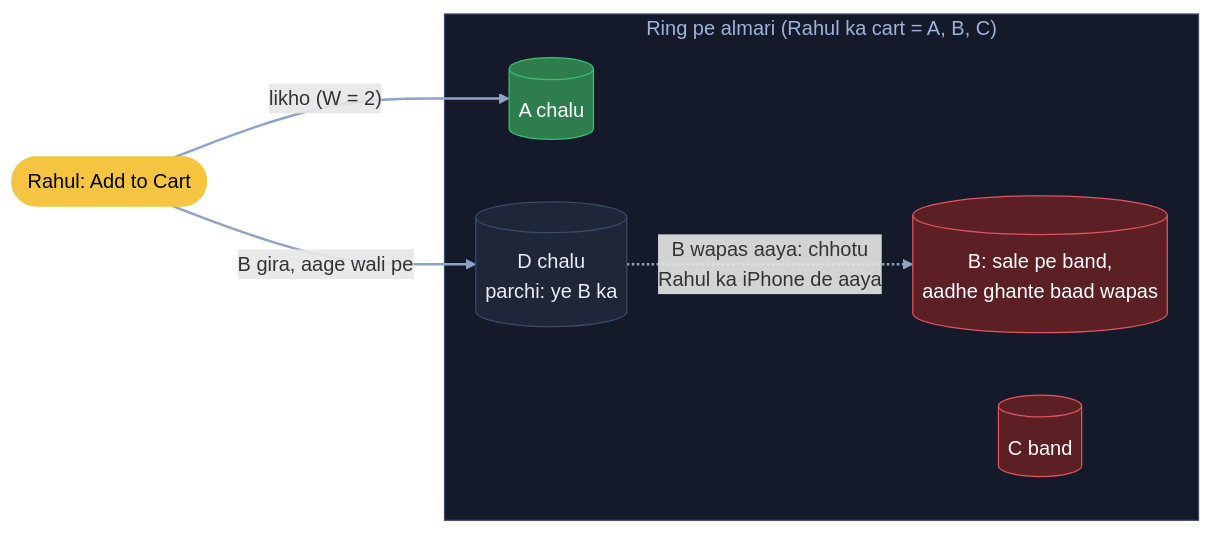
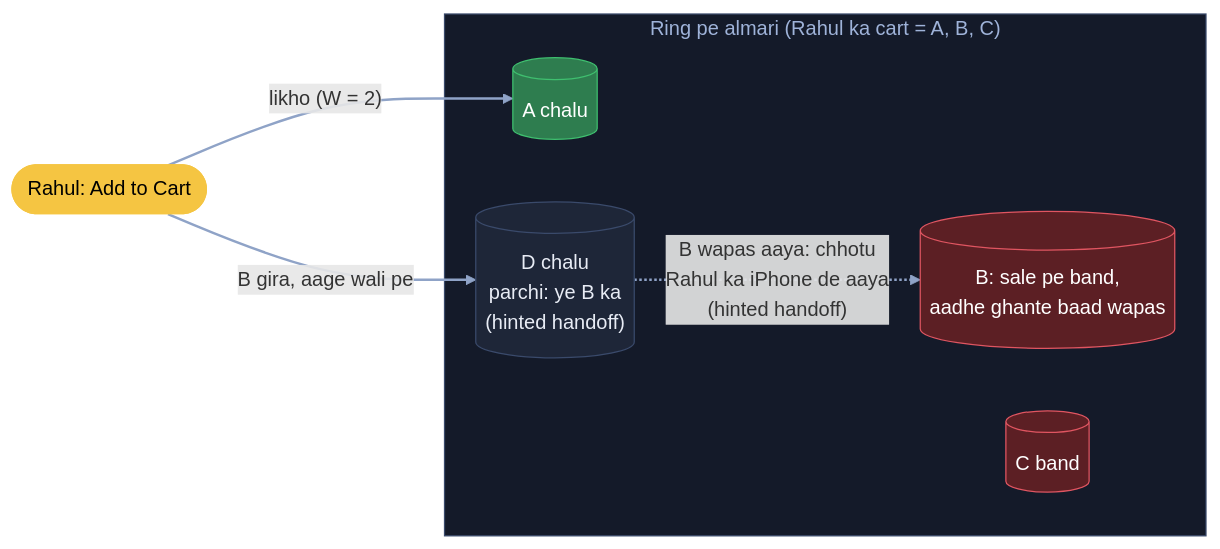
Before and after one commit to ArpanMaheshwari144/Prep: the tenth of 11 diagrams in 04_HLD/SYSTEM_DESIGNS/17_ecommerce/17_ecommerce.md, drawn with Mermaid. The commit also changed other lines of this file and 20 other files, not shown here.

Commit message:
HLD main files: diagram me kahani shabd + bracket me asli naam (21 design, 182 label)

````diff
--- a/04_HLD/SYSTEM_DESIGNS/17_ecommerce/17_ecommerce.md
+++ b/04_HLD/SYSTEM_DESIGNS/17_ecommerce/17_ecommerce.md
@@ -428,19 +428,19 @@
 ```mermaid
 flowchart LR
     R(["Rahul: Add to Cart"]):::pill
     subgraph RING["Ring pe almari (Rahul ka cart = A, B, C)"]
         A[("A chalu")]:::good
         B[("B: sale pe band,<br/>aadhe ghante baad wapas")]:::bad
         C[("C band")]:::bad
-        D[("D chalu<br/>parchi: ye B ka")]:::card
+        D[("D chalu<br/>parchi: ye B ka<br/>(hinted handoff)")]:::card
     end
     R -- "likho (W = 2)" --> A
     R -- "B gira, aage wali pe" --> D
-    D -. "B wapas aaya: chhotu<br/>Rahul ka iPhone de aaya" .-> B
+    D -. "B wapas aaya: chhotu<br/>Rahul ka iPhone de aaya<br/>(hinted handoff)" .-> B
     linkStyle default stroke:#8fa3c7,stroke-width:2px
     classDef card fill:#1e2638,stroke:#3a4a6b,color:#e8ecf5
     classDef pill fill:#f5c542,stroke:#f5c542,color:#000
     classDef good fill:#2e7d4f,stroke:#3fbf6f,color:#fff
     classDef bad fill:#5c1f24,stroke:#e05561,color:#fff
     style RING fill:#141a29,stroke:#3a4a6b,color:#9fb3d9
 ```
````
